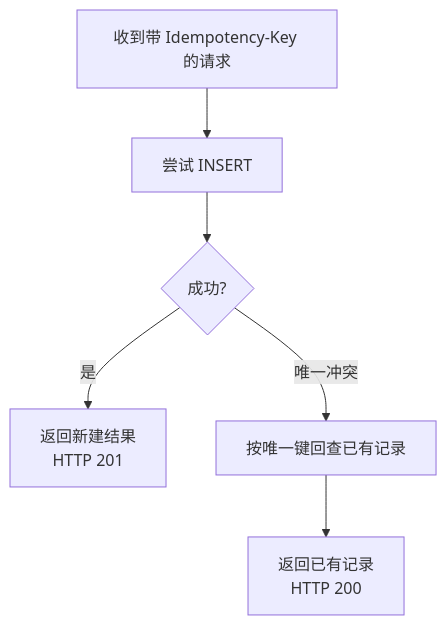
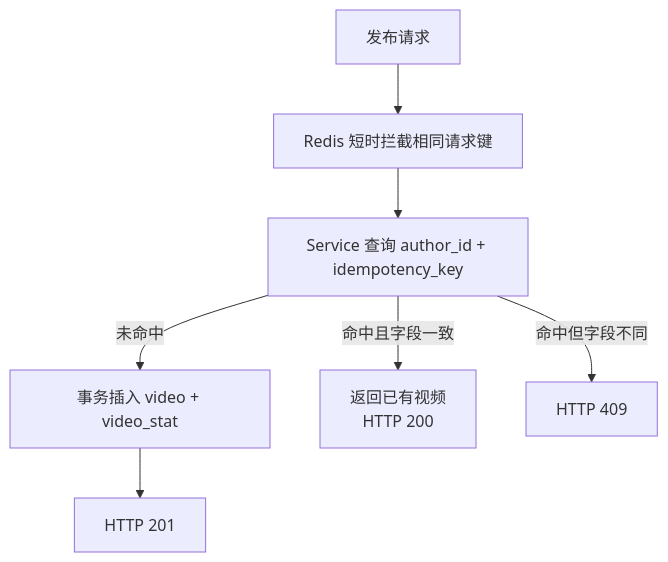
The third of 3 diagrams in docs/04-技术基础设施设计.md (gmjneko/GCFeed-Java), drawn with Mermaid before and after one commit. The commit also changed other lines of this file and 10 other files, not shown here.

````diff
--- a/docs/04-技术基础设施设计.md
+++ b/docs/04-技术基础设施设计.md
@@ -545,8 +545,9 @@
 ```mermaid
 flowchart TD
-    A["收到带 Idempotency-Key 的请求"] --> B["尝试 INSERT"]
-    B --> C{"成功?"}
-    C -->|是| D["返回新建结果<br/>HTTP 201"]
-    C -->|唯一冲突| E["按唯一键回查已有记录"]
-    E --> F["返回已有记录<br/>HTTP 200"]
+    A["发布请求"] --> B["Redis 短时拦截相同请求键"]
+    B --> C["Service 查询 author_id + idempotency_key"]
+    C -->|未命中| D["事务插入 video + video_stat"]
+    D --> E["HTTP 201"]
+    C -->|命中且字段一致| F["返回已有视频<br/>HTTP 200"]
+    C -->|命中但字段不同| G["HTTP 409"]
 ```
````
